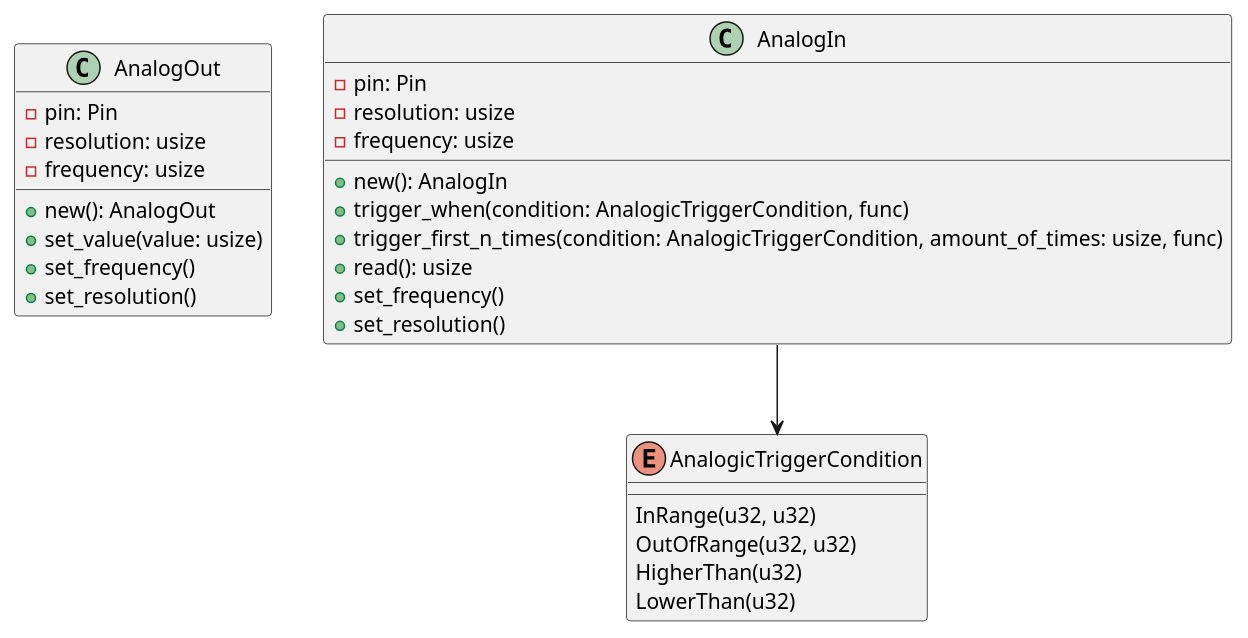
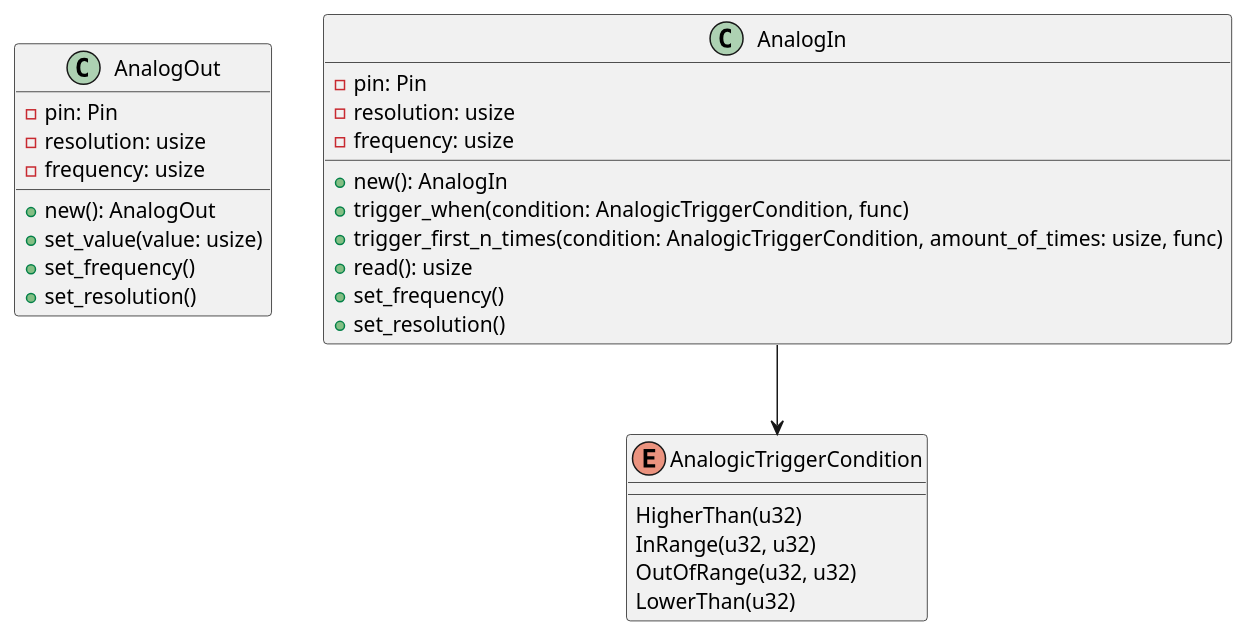
One commit to esp32framework/esp32framework changed the diagram in diagrams/analogical_class.puml. Above: the diagram before and after it, drawn with PlantUML. The commit also changed other lines of this file and 12 other files, not shown here.

```diff
--- a/diagrams/analogical_class.puml
+++ b/diagrams/analogical_class.puml
@@ -1,34 +1,34 @@
 @startuml analog
 class AnalogOut {
     - pin: Pin
     - resolution: usize
     - frequency: usize
 
     + new(): AnalogOut
     + set_value(value: usize)
     + set_frequency()
     + set_resolution()
 }
 
 class AnalogIn {
     - pin: Pin
     - resolution: usize
     - frequency: usize
 
     + new(): AnalogIn
     + trigger_when(condition: AnalogicTriggerCondition, func)
     + trigger_first_n_times(condition: AnalogicTriggerCondition, amount_of_times: usize, func)
     + read(): usize
     + set_frequency()
     + set_resolution()
 }
 
 enum AnalogicTriggerCondition {
+    HigherThan(u32)
     InRange(u32, u32)
     OutOfRange(u32, u32)
-    HigherThan(u32)
     LowerThan(u32)
 }
 
 AnalogIn --> AnalogicTriggerCondition
 @enduml
```
